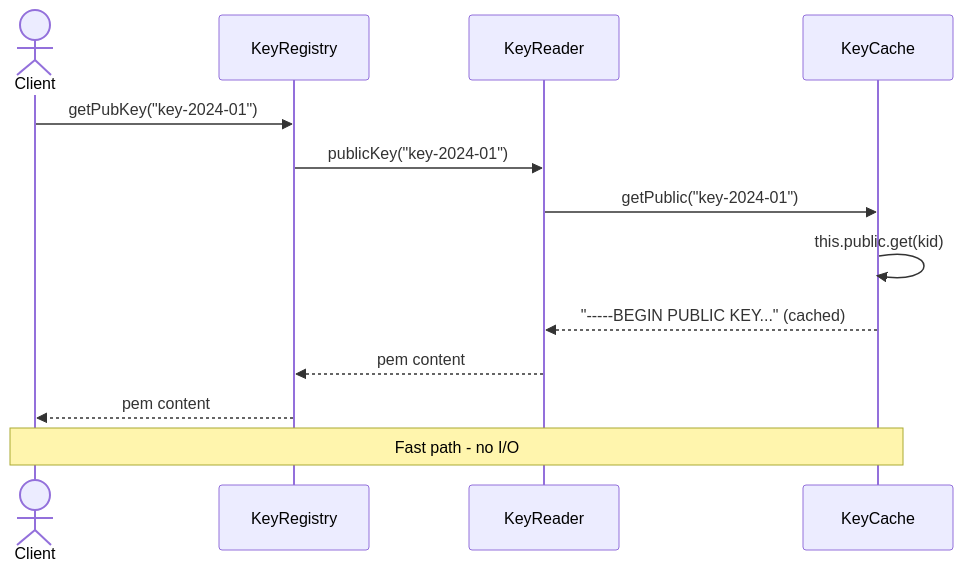
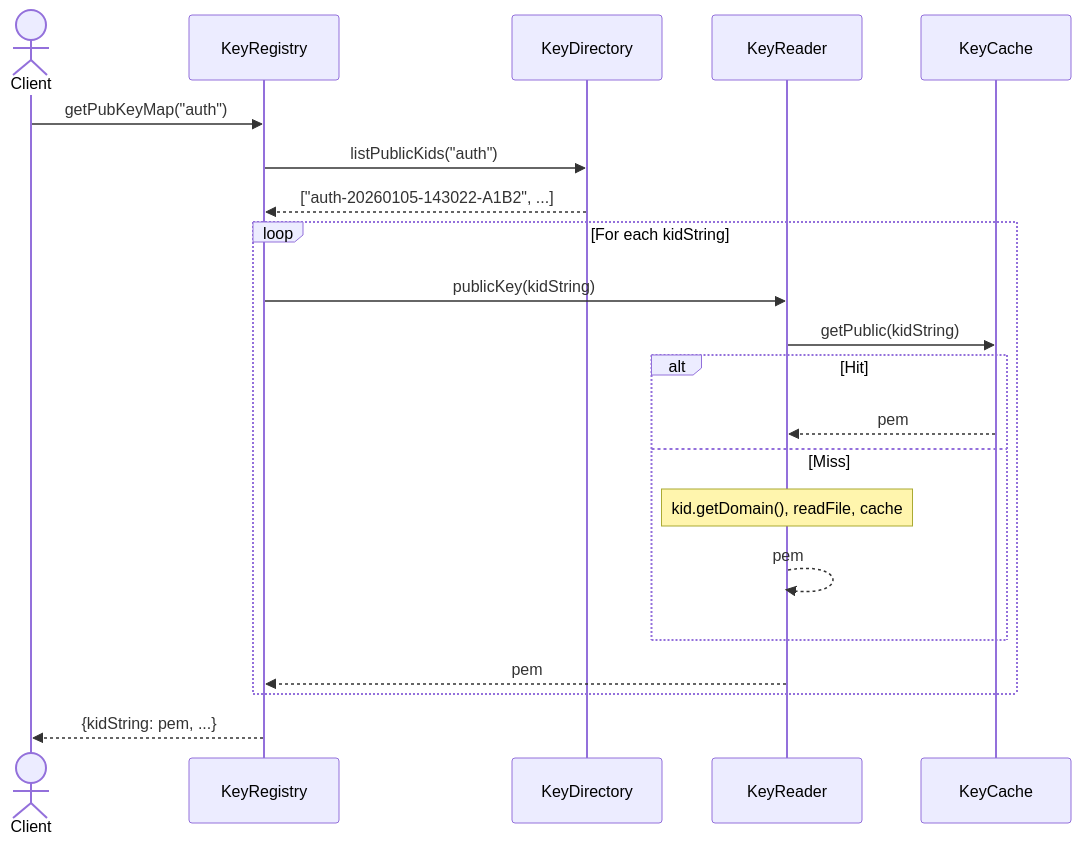
The fifth of 7 diagrams in docs/generated/domain/key-manager/loader/structure.md (itsGurdevSingh/vault), drawn with Mermaid before and after one commit. The commit also changed other lines of this file and 8 other files, not shown here.

````diff
--- a/docs/generated/domain/key-manager/loader/structure.md
+++ b/docs/generated/domain/key-manager/loader/structure.md
@@ -449,17 +416,27 @@
 ```mermaid
 sequenceDiagram
     actor Client
     participant Registry as KeyRegistry
+    participant Directory as KeyDirectory
     participant Reader as KeyReader
     participant Cache as KeyCache
 
-    Client->>Registry: getPubKey("key-2024-01")
-    Registry->>Reader: publicKey("key-2024-01")
-    Reader->>Cache: getPublic("key-2024-01")
-    Cache->>Cache: this.public.get(kid)
-    Cache-->>Reader: "-----BEGIN PUBLIC KEY..." (cached)
-    Reader-->>Registry: pem content
-    Registry-->>Client: pem content
+    Client->>Registry: getPubKeyMap("auth")
 
-    Note over Client,Cache: Fast path - no I/O
+    Registry->>Directory: listPublicKids("auth")
+    Directory-->>Registry: ["auth-20260105-143022-A1B2", ...]
+
+    loop For each kidString
+        Registry->>Reader: publicKey(kidString)
+        Reader->>Cache: getPublic(kidString)
+        alt Hit
+            Cache-->>Reader: pem
+        else Miss
+            Note over Reader: kid.getDomain(), readFile, cache
+            Reader-->>Reader: pem
+        end
+        Reader-->>Registry: pem
+    end
+
+    Registry-->>Client: {kidString: pem, ...}
 ```
````
